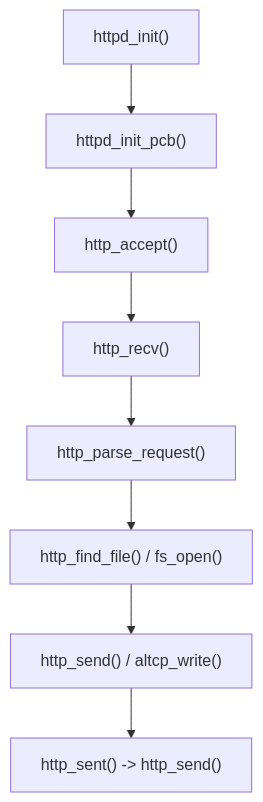
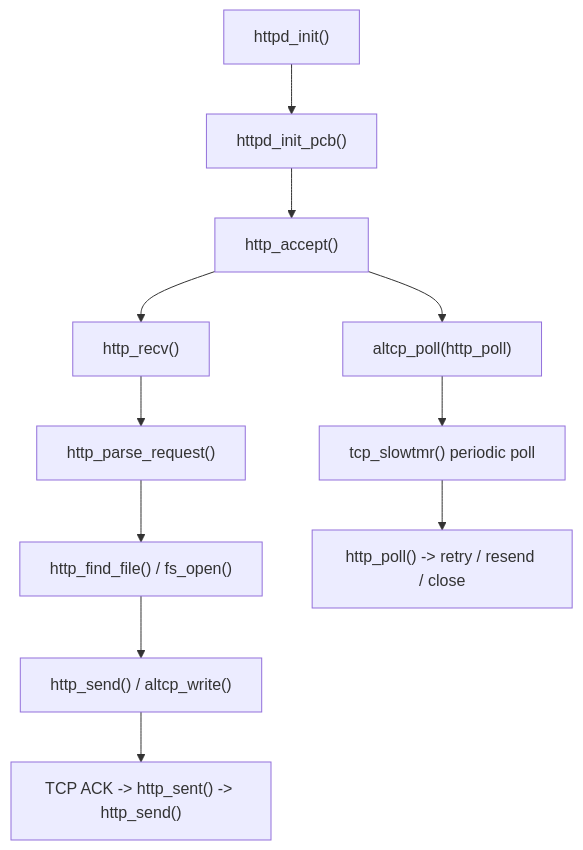
Before and after one commit to wdfk-prog/lwIP-Source-Lab: the ninth of 9 diagrams in docs/32-httpd-altcp.md, drawn with Mermaid. The commit also changed other lines of this file and 49 other files, not shown here.

````diff
--- a/docs/32-httpd-altcp.md
+++ b/docs/32-httpd-altcp.md
@@ -295,10 +783,13 @@
 ```mermaid
 flowchart TD
     A["httpd_init()"] --> B["httpd_init_pcb()"]
     B --> C["http_accept()"]
     C --> D["http_recv()"]
     D --> E["http_parse_request()"]
     E --> F["http_find_file() / fs_open()"]
     F --> G["http_send() / altcp_write()"]
-    G --> H["http_sent() -> http_send()"]
+    G --> H["TCP ACK -> http_sent() -> http_send()"]
+    C --> P0["altcp_poll(http_poll)"]
+    P0 --> P1["tcp_slowtmr() periodic poll"]
+    P1 --> P2["http_poll() -> retry / resend / close"]
 ```
````
